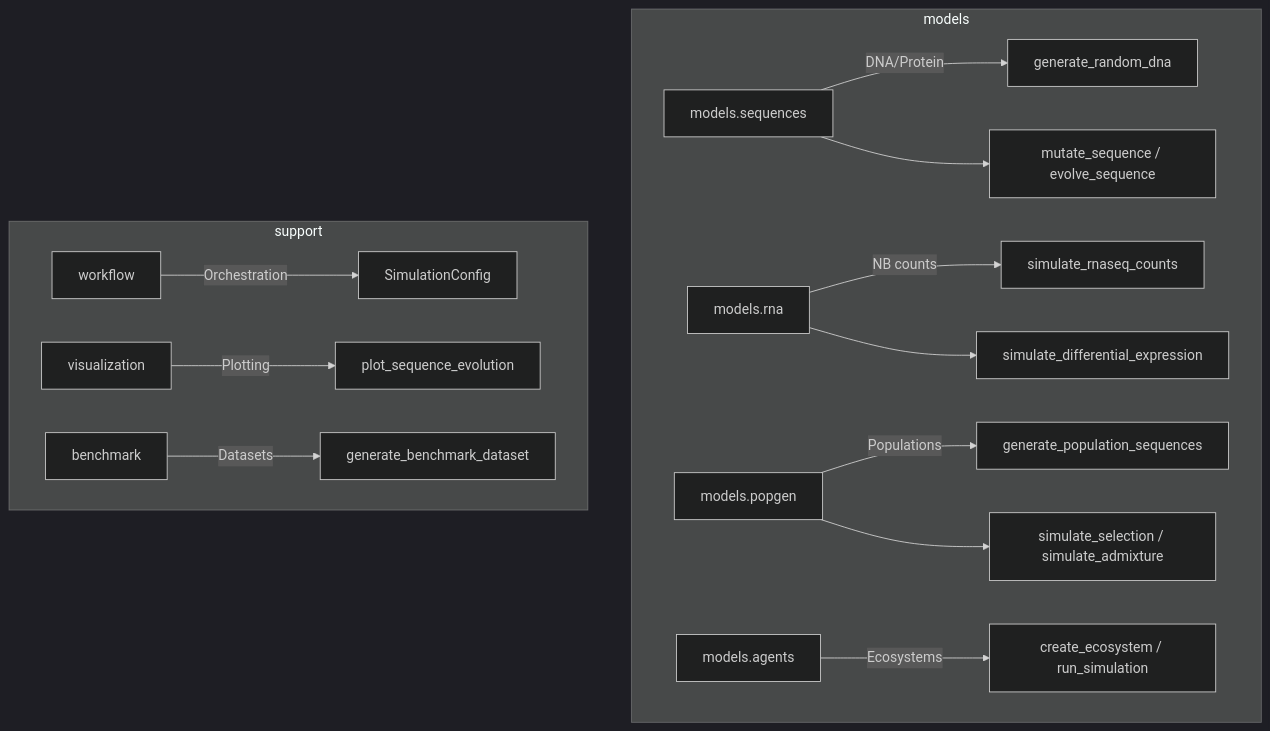
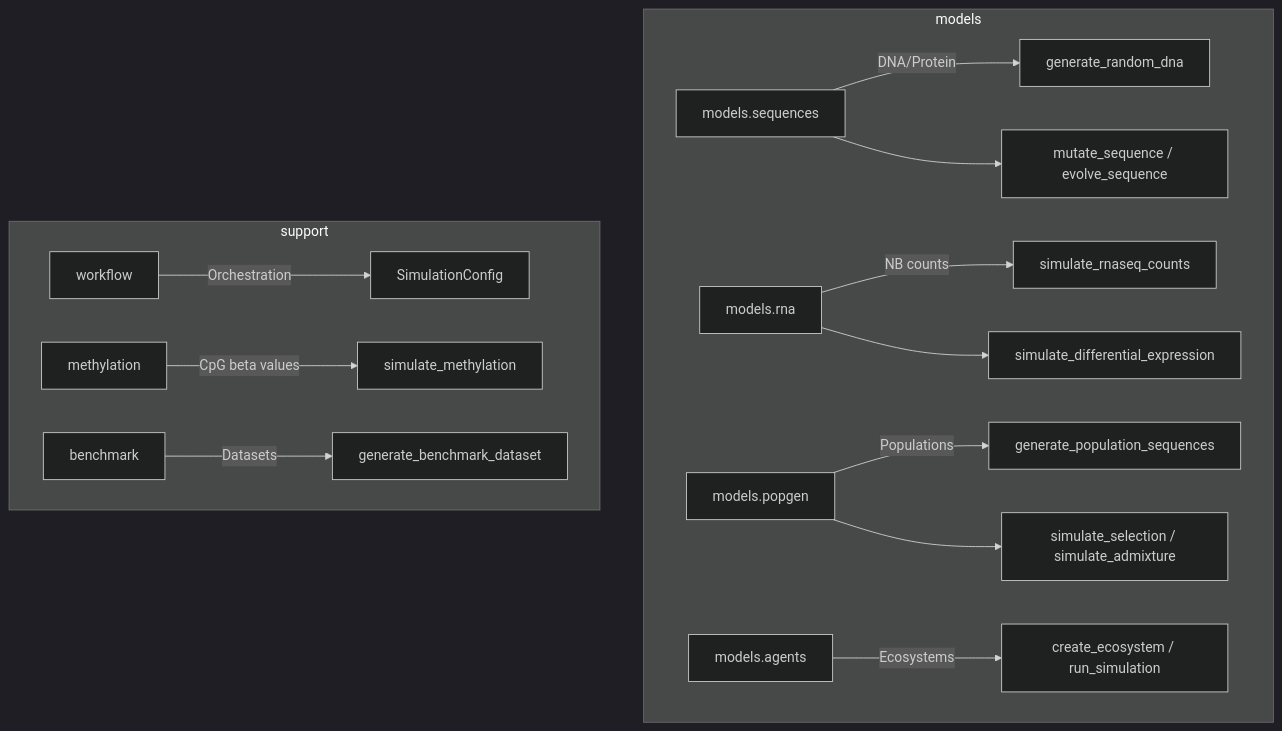
One commit to docxology/MetaInformAnt changed the diagram in docs/simulation/index.md. Above: the diagram before and after it, drawn with Mermaid (dark theme). The commit also changed other lines of this file and 532 other files, not shown here.

````diff
--- a/docs/simulation/index.md
+++ b/docs/simulation/index.md
@@ -12,17 +14,17 @@
 ```mermaid
 graph TD
     subgraph models
         SEQ[models.sequences] -->|DNA/Protein| GEN[generate_random_dna]
         SEQ --> MUT[mutate_sequence / evolve_sequence]
         RNA[models.rna] -->|NB counts| SIM[simulate_rnaseq_counts]
         RNA --> DE[simulate_differential_expression]
         POP[models.popgen] -->|Populations| PG[generate_population_sequences]
         POP --> SEL[simulate_selection / simulate_admixture]
         AGT[models.agents] -->|Ecosystems| ECO[create_ecosystem / run_simulation]
     end
     subgraph support
         WF[workflow] -->|Orchestration| CFG[SimulationConfig]
-        VIZ[visualization] -->|Plotting| PLT[plot_sequence_evolution]
+        MET[methylation] -->|CpG beta values| MSIM[simulate_methylation]
         BM[benchmark] -->|Datasets| BMG[generate_benchmark_dataset]
     end
 ```
````
